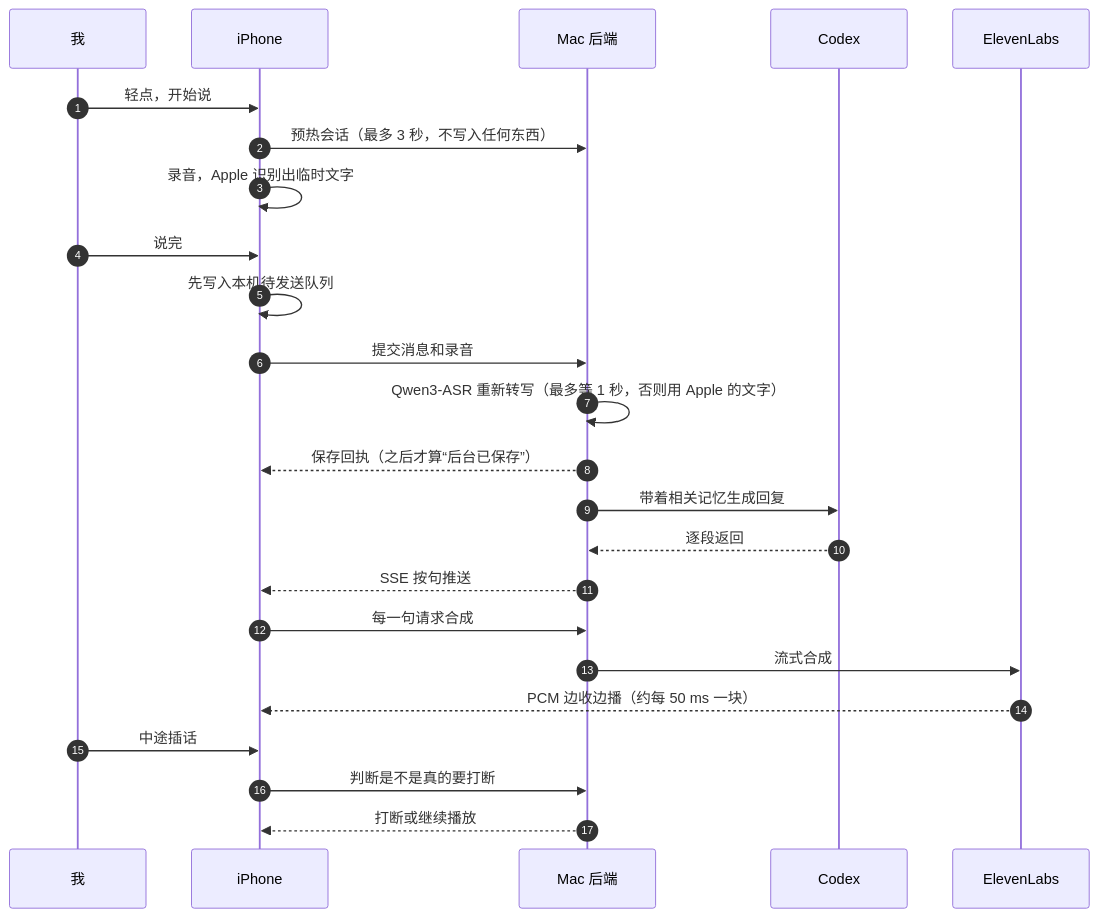
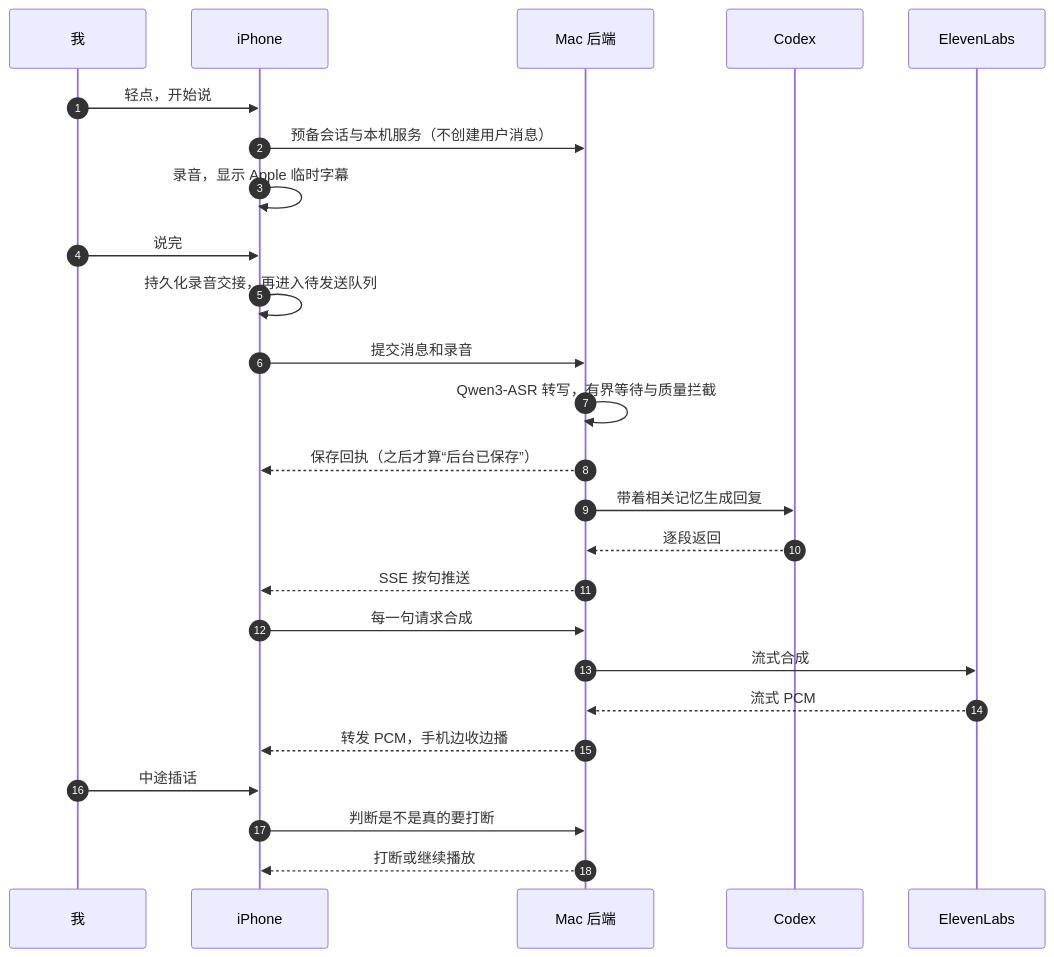
One commit to asiansumer/iris changed the second of 4 diagrams in docs/architecture.md. Above: the diagram before and after it, drawn with Mermaid. The commit also changed other lines of this file and 2 other files, not shown here.

First line of the commit message:
docs: refresh Iris architecture and measurable improvement roadmap

````diff
--- a/docs/architecture.md
+++ b/docs/architecture.md
@@ -32,27 +32,28 @@
 ```mermaid
 sequenceDiagram
   autonumber
   participant U as 我
   participant P as iPhone
   participant M as Mac 后端
   participant C as Codex
   participant E as ElevenLabs
 
   U->>P: 轻点，开始说
-  P->>M: 预热会话（最多 3 秒，不写入任何东西）
-  P->>P: 录音，Apple 识别出临时文字
+  P->>M: 预备会话与本机服务（不创建用户消息）
+  P->>P: 录音，显示 Apple 临时字幕
   U->>P: 说完
-  P->>P: 先写入本机待发送队列
+  P->>P: 持久化录音交接，再进入待发送队列
   P->>M: 提交消息和录音
-  M->>M: Qwen3-ASR 重新转写（最多等 1 秒，否则用 Apple 的文字）
+  M->>M: Qwen3-ASR 转写，有界等待与质量拦截
   M-->>P: 保存回执（之后才算“后台已保存”）
   M->>C: 带着相关记忆生成回复
   C-->>M: 逐段返回
   M-->>P: SSE 按句推送
   P->>M: 每一句请求合成
   M->>E: 流式合成
-  E-->>P: PCM 边收边播（约每 50 ms 一块）
+  E-->>M: 流式 PCM
+  M-->>P: 转发 PCM，手机边收边播
   U->>P: 中途插话
   P->>M: 判断是不是真的要打断
   M-->>P: 打断或继续播放
 ```
````
